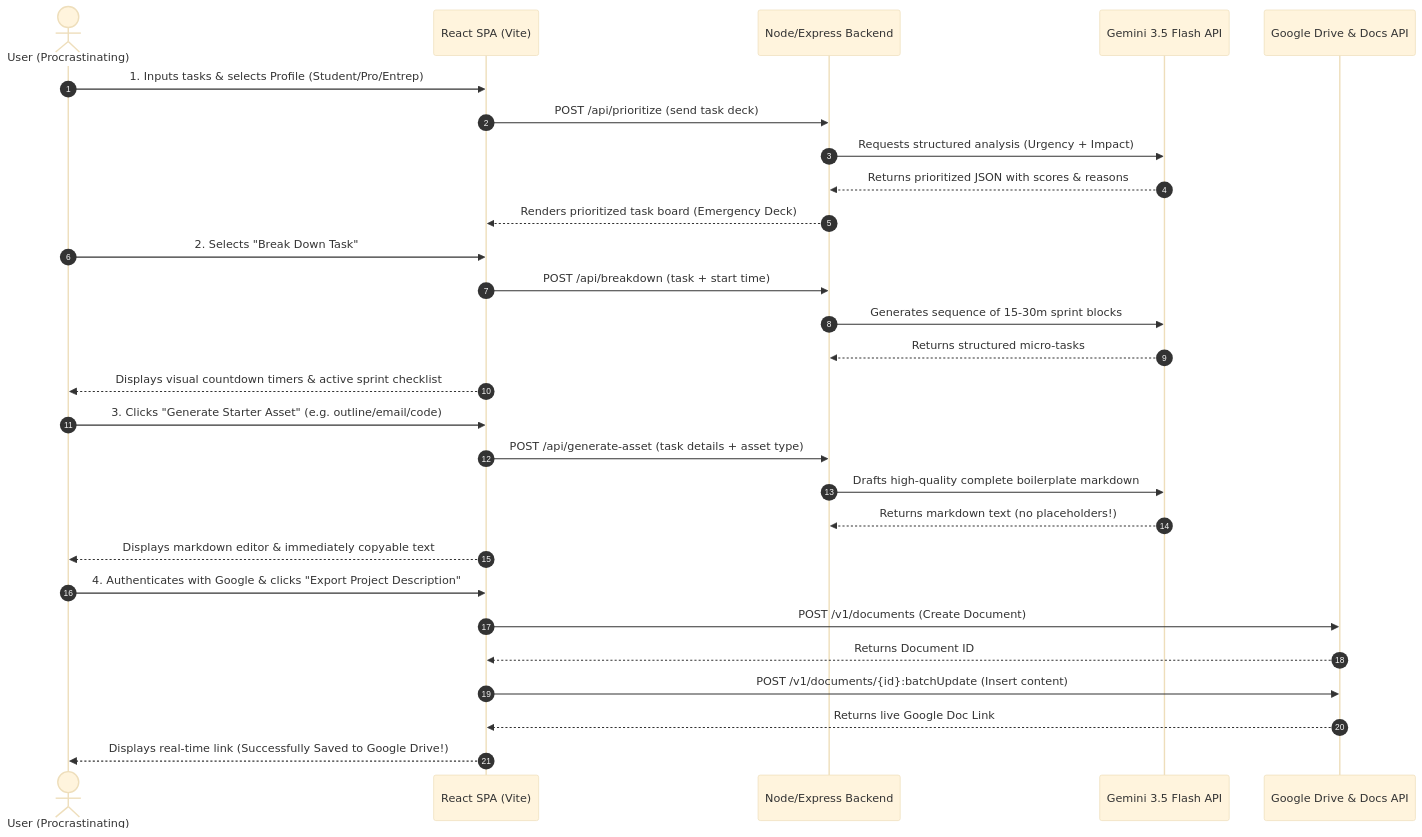
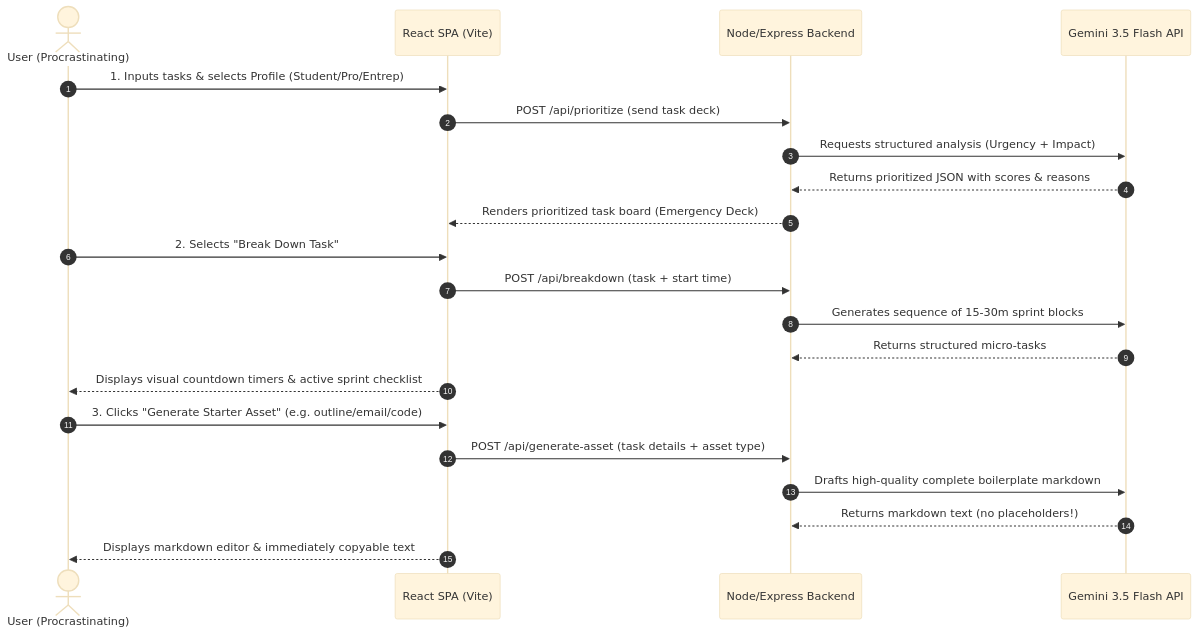
One commit to SOUMYADEEPDEY1217/The-Last-Minute-Life-Saver-LS changed the diagram in README.md. Above: the diagram before and after it, drawn with Mermaid (base theme). The commit also changed other lines of this file, not shown here.

````diff
--- a/README.md
+++ b/README.md
@@ -58,34 +54,26 @@
 ```mermaid
 sequenceDiagram
     autonumber
     actor User as User (Procrastinating)
     participant Client as React SPA (Vite)
     participant Server as Node/Express Backend
     participant Gemini as Gemini 3.5 Flash API
-    participant Workspace as Google Drive & Docs API
 
     User->>Client: 1. Inputs tasks & selects Profile (Student/Pro/Entrep)
     Client->>Server: POST /api/prioritize (send task deck)
     Server->>Gemini: Requests structured analysis (Urgency + Impact)
     Gemini-->>Server: Returns prioritized JSON with scores & reasons
     Server-->>Client: Renders prioritized task board (Emergency Deck)
     
     User->>Client: 2. Selects "Break Down Task"
     Client->>Server: POST /api/breakdown (task + start time)
     Server->>Gemini: Generates sequence of 15-30m sprint blocks
     Gemini-->>Server: Returns structured micro-tasks
     Client-->>User: Displays visual countdown timers & active sprint checklist
 
     User->>Client: 3. Clicks "Generate Starter Asset" (e.g. outline/email/code)
     Client->>Server: POST /api/generate-asset (task details + asset type)
     Server->>Gemini: Drafts high-quality complete boilerplate markdown
     Gemini-->>Server: Returns markdown text (no placeholders!)
     Client-->>User: Displays markdown editor & immediately copyable text
-
-    User->>Client: 4. Authenticates with Google & clicks "Export Project Description"
-    Client->>Workspace: POST /v1/documents (Create Document)
-    Workspace-->>Client: Returns Document ID
-    Client->>Workspace: POST /v1/documents/{id}:batchUpdate (Insert content)
-    Workspace-->>Client: Returns live Google Doc Link
-    Client-->>User: Displays real-time link (Successfully Saved to Google Drive!)
 ```
````
